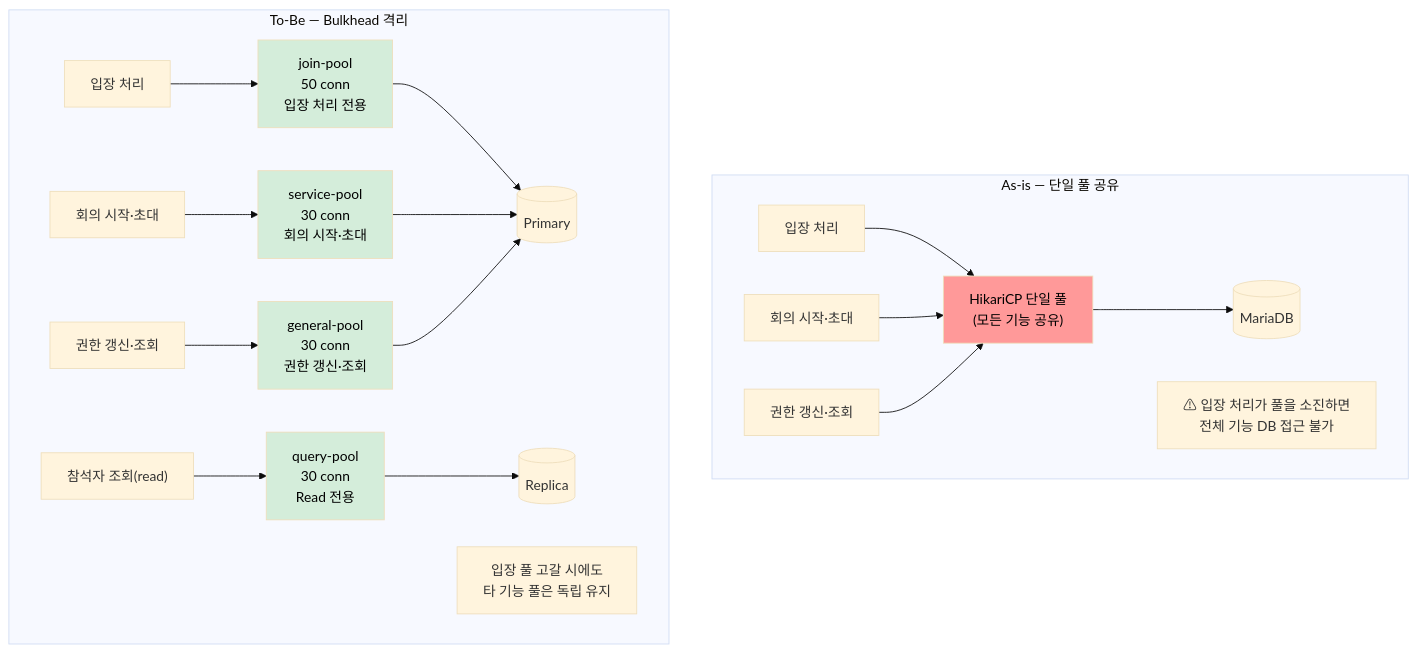
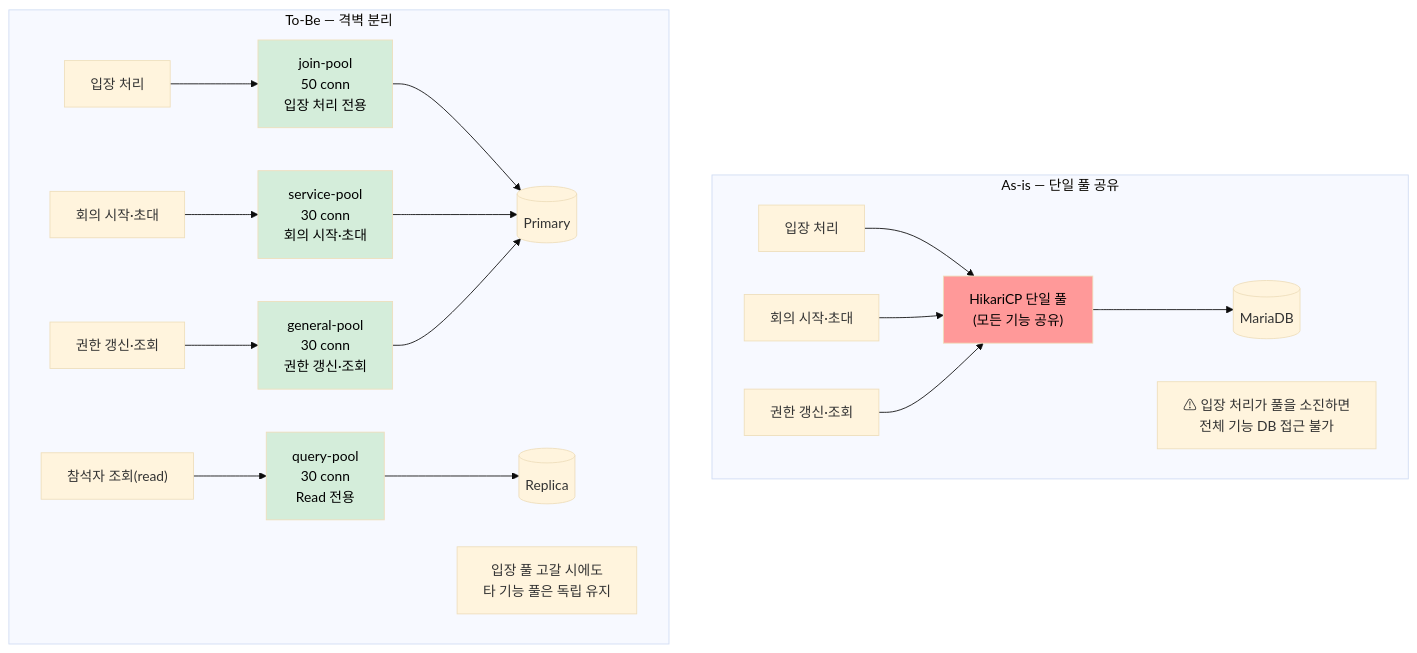
One commit to sujinnkim/A_Personal changed the fourth of 5 diagrams in report/3/3.2-아키텍처문제분석및설계전략.md. Above: the diagram before and after it, drawn with Mermaid (base theme). The commit also changed other lines of this file and 28 other files, not shown here.

````diff
--- a/report/3/3.2-아키텍처문제분석및설계전략.md
+++ b/report/3/3.2-아키텍처문제분석및설계전략.md
@@ -387,31 +503,31 @@
 ```mermaid
 flowchart TD
     subgraph BEFORE["As-is — 단일 풀 공유"]
         BP["HikariCP 단일 풀\n(모든 기능 공유)"]
         B1["입장 처리"] --> BP
         B2["회의 시작·초대"] --> BP
         B3["권한 갱신·조회"] --> BP
         BP --> BDB[("MariaDB")]
         NOTE_B["⚠ 입장 처리가 풀을 소진하면\n전체 기능 DB 접근 불가"]
     end
 
-    subgraph AFTER["To-Be — Bulkhead 격리"]
+    subgraph AFTER["To-Be — 격벽 분리"]
         JP["join-pool\n50 conn\n입장 처리 전용"]
         SP["service-pool\n30 conn\n회의 시작·초대"]
         GP["general-pool\n30 conn\n권한 갱신·조회"]
         QP["query-pool\n30 conn\nRead 전용"]
         A1["입장 처리"] --> JP
         A2["회의 시작·초대"] --> SP
         A3["권한 갱신·조회"] --> GP
         A4["참석자 조회(read)"] --> QP
         JP & SP & GP --> APRI[("Primary")]
         QP --> AREP[("Replica")]
         NOTE_A["입장 풀 고갈 시에도\n타 기능 풀은 독립 유지"]
     end
 
     style JP fill:#d4edda,color:#000
     style SP fill:#d4edda,color:#000
     style GP fill:#d4edda,color:#000
     style QP fill:#d4edda,color:#000
     style BP fill:#ff9999,color:#000
 ```
````
